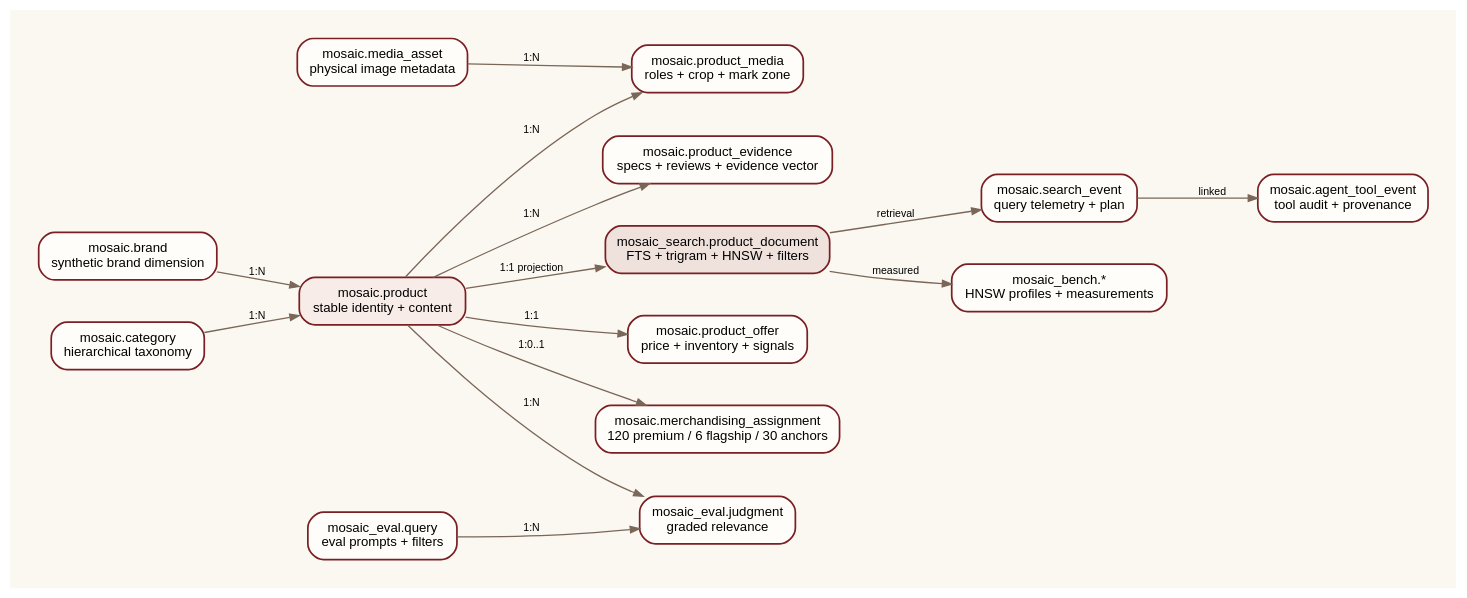
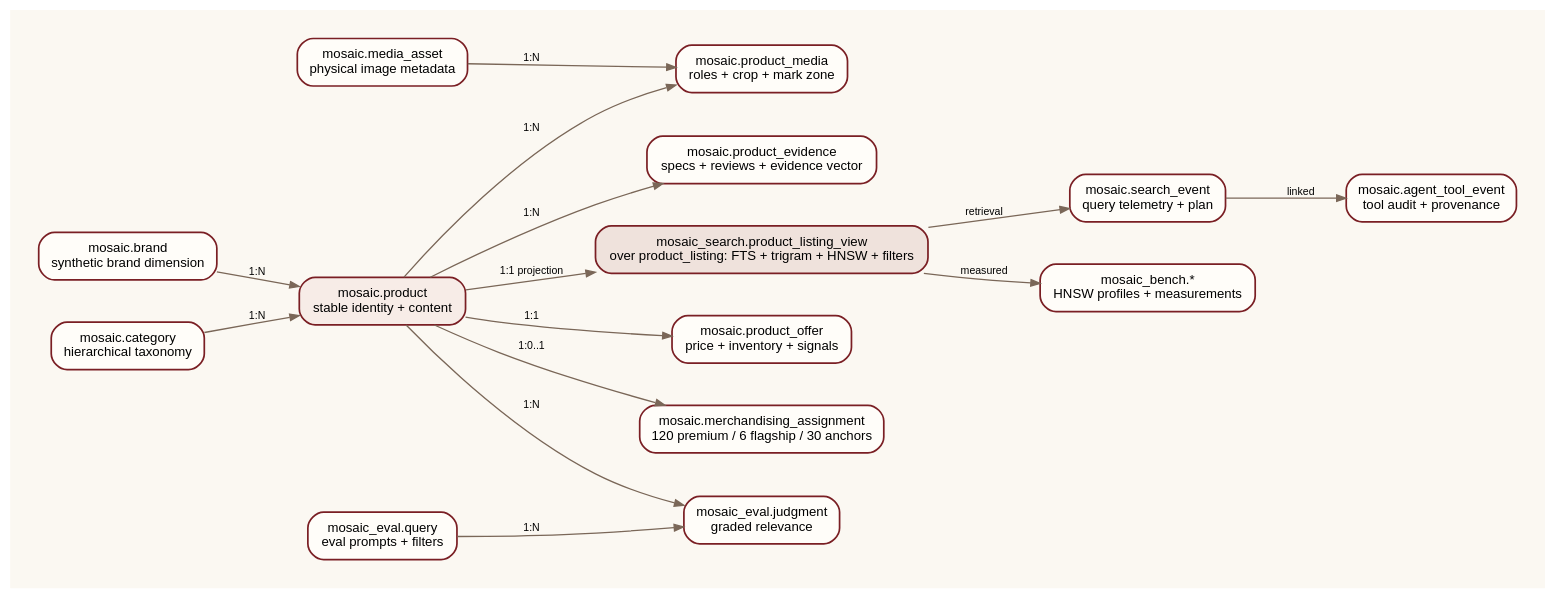
The diagram in db/docs/erd.dot (aws-samples/sample-agentic-hybrid-retrieval-aurora-postgresql), drawn with Graphviz before and after one commit. The commit also changed 22 other files, not shown here.

First line of the commit message:
Describe the one search schema in the docs

```diff
--- a/db/docs/erd.dot
+++ b/db/docs/erd.dot
@@ -1,34 +1,34 @@
 digraph MosaicERD {
   graph [rankdir=LR, bgcolor="#fbf8f2", pad=0.3, nodesep=0.45, ranksep=0.65, fontname="Arial"];
   node [shape=box, style="rounded,filled", fillcolor="#fffdf9", color="#7a1f24", penwidth=1.3, fontname="Arial", fontsize=10, margin="0.14,0.10"];
   edge [color="#7a6758", arrowsize=0.7, fontname="Arial", fontsize=8];
 
   brand [label="mosaic.brand\nsynthetic brand dimension"];
   category [label="mosaic.category\nhierarchical taxonomy"];
   product [label="mosaic.product\nstable identity + content", fillcolor="#f7ece7"];
   offer [label="mosaic.product_offer\nprice + inventory + signals"];
   merch [label="mosaic.merchandising_assignment\n120 premium / 6 flagship / 30 anchors"];
   media [label="mosaic.media_asset\nphysical image metadata"];
   product_media [label="mosaic.product_media\nroles + crop + mark zone"];
   evidence [label="mosaic.product_evidence\nspecs + reviews + evidence vector"];
-  document [label="mosaic_search.product_document\nFTS + trigram + HNSW + filters", fillcolor="#efe2dc"];
+  document [label="mosaic_search.product_listing_view\nover product_listing: FTS + trigram + HNSW + filters", fillcolor="#efe2dc"];
   search_event [label="mosaic.search_event\nquery telemetry + plan"];
   tool_event [label="mosaic.agent_tool_event\ntool audit + provenance"];
   eval_query [label="mosaic_eval.query\neval prompts + filters"];
   judgment [label="mosaic_eval.judgment\ngraded relevance"];
   benchmark [label="mosaic_bench.*\nHNSW profiles + measurements"];
 
   brand -> product [label="1:N"];
   category -> product [label="1:N"];
   product -> offer [label="1:1"];
   product -> merch [label="1:0..1"];
   product -> product_media [label="1:N"];
   media -> product_media [label="1:N"];
   product -> evidence [label="1:N"];
   product -> document [label="1:1 projection"];
   document -> search_event [label="retrieval"];
   search_event -> tool_event [label="linked"];
   eval_query -> judgment [label="1:N"];
   product -> judgment [label="1:N"];
   document -> benchmark [label="measured"];
 }
```
